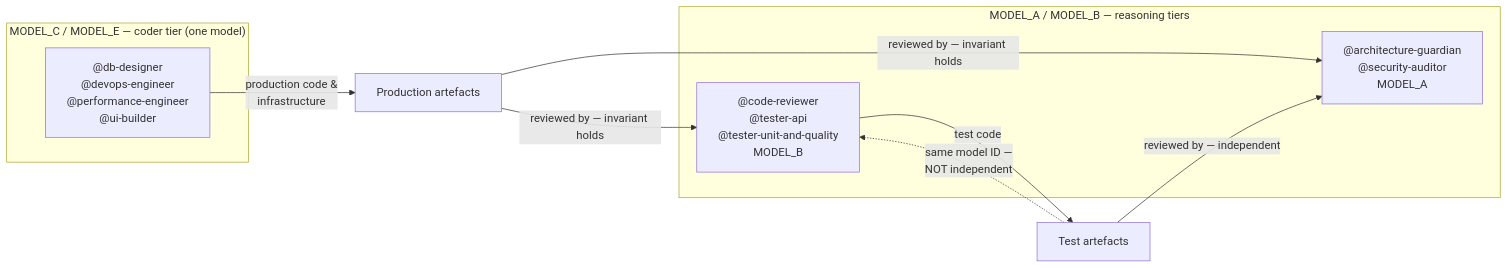
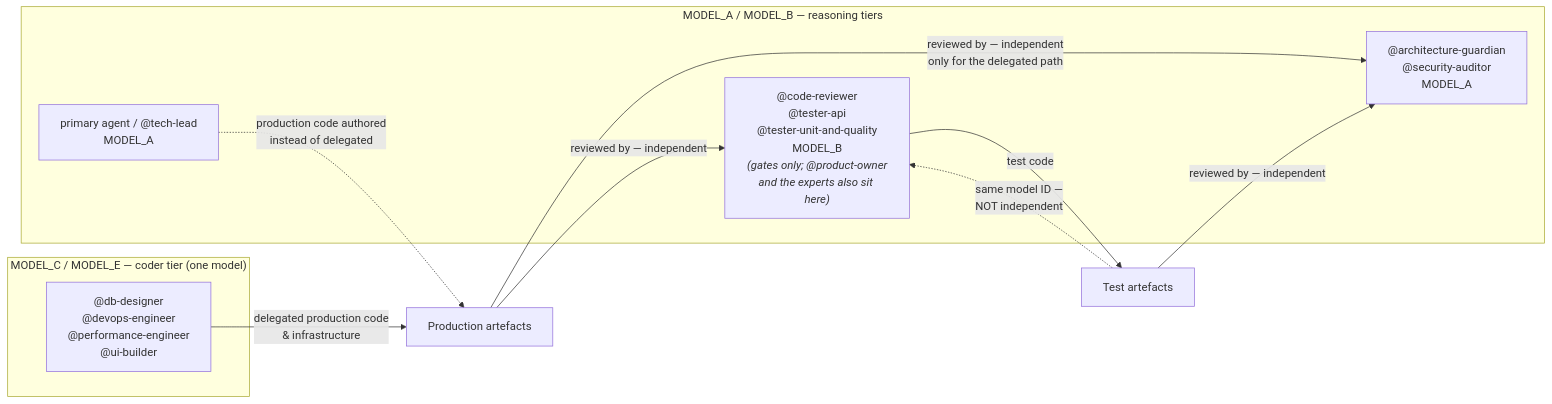
The diagram in docs/adr/ADR-022-agent-model-tier-governance.md (maglez/eop-threat-medeling), drawn with Mermaid before and after one commit. The commit also changed other lines of this file and 10 other files, not shown here.

````diff
--- a/docs/adr/ADR-022-agent-model-tier-governance.md
+++ b/docs/adr/ADR-022-agent-model-tier-governance.md
@@ -82,16 +85,18 @@
 ```mermaid
 flowchart LR
     subgraph reasoning["MODEL_A / MODEL_B — reasoning tiers"]
         G1["@architecture-guardian<br/>@security-auditor<br/>MODEL_A"]
-        G2["@code-reviewer<br/>@tester-api<br/>@tester-unit-and-quality<br/>MODEL_B"]
+        G2["@code-reviewer<br/>@tester-api<br/>@tester-unit-and-quality<br/>MODEL_B<br/><i>(gates only; @product-owner<br/>and the experts also sit here)</i>"]
+        TL["primary agent / @tech-lead<br/>MODEL_A"]
     end
     subgraph coder["MODEL_C / MODEL_E — coder tier (one model)"]
         A1["@db-designer<br/>@devops-engineer<br/>@performance-engineer<br/>@ui-builder"]
     end
-    A1 -->|"production code &<br/>infrastructure"| PROD["Production artefacts"]
+    A1 -->|"delegated production code<br/>& infrastructure"| PROD["Production artefacts"]
+    TL -.->|"production code authored<br/>instead of delegated"| PROD
     G2 -->|"test code"| TEST["Test artefacts"]
-    PROD -->|"reviewed by — invariant holds"| G1
-    PROD -->|"reviewed by — invariant holds"| G2
+    PROD -->|"reviewed by — independent<br/>only for the delegated path"| G1
+    PROD -->|"reviewed by — independent"| G2
     TEST -->|"reviewed by — independent"| G1
     TEST -.->|"same model ID —<br/>NOT independent"| G2
 ```
````
